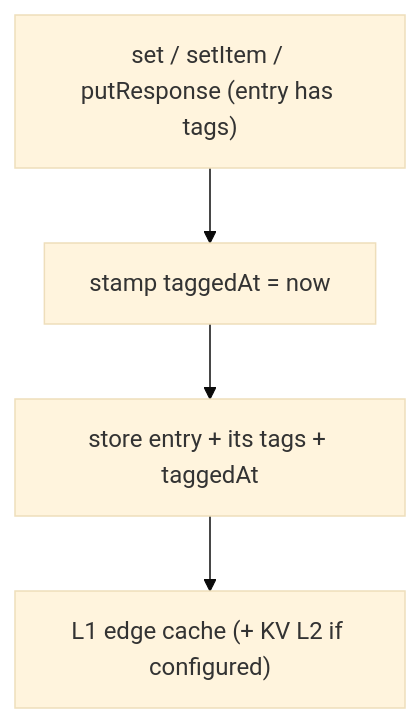
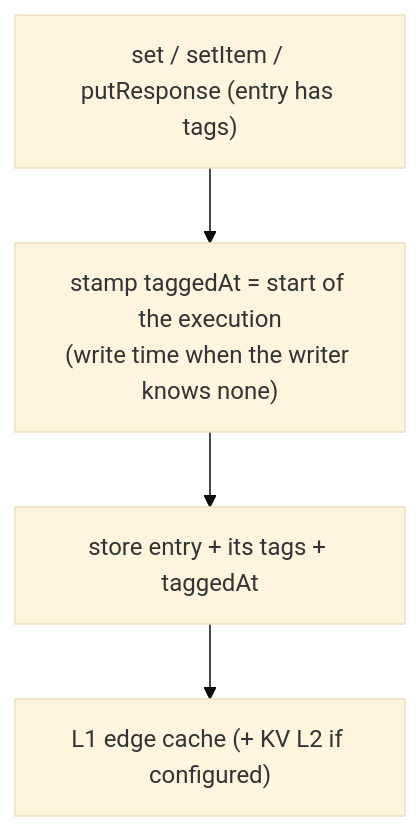
The second of 5 diagrams in docs/design/cache-tags-flow.md (rangojs/rango), drawn with Mermaid (base theme) before and after one commit. The commit also changed other lines of this file and 21 other files, not shown here.

First line of the commit message:
fix(router): stamp cache data entries with the execution start, not the write time (#1068) (#1073)

````diff
--- a/docs/design/cache-tags-flow.md
+++ b/docs/design/cache-tags-flow.md
@@ -152,6 +152,6 @@
 ```mermaid
 flowchart TD
-  A["set / setItem / putResponse (entry has tags)"] --> B["stamp taggedAt = now"]
+  A["set / setItem / putResponse (entry has tags)"] --> B["stamp taggedAt = start of the execution<br/>(write time when the writer knows none)"]
   B --> C["store entry + its tags + taggedAt"]
   C --> D["L1 edge cache (+ KV L2 if configured)"]
 ```
````
